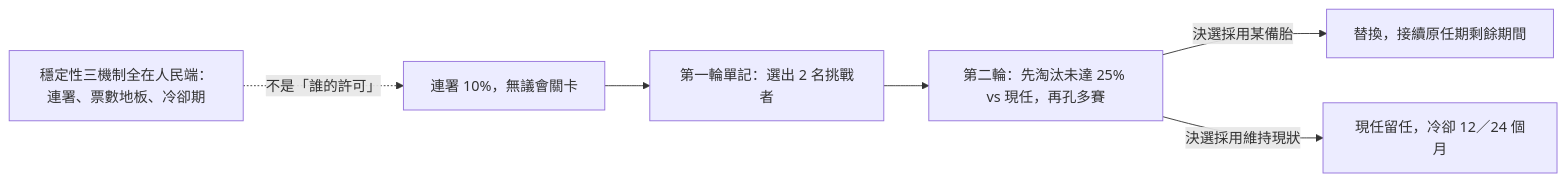
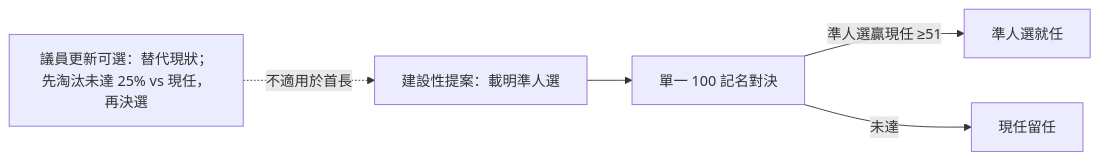
The tenth of 10 diagrams in topics/regime-designs/designs/台灣/一院議會制/憲政架構圖.md (IRonROOT578/Political-Economy-Research-Public), drawn with Mermaid before and after one commit. The commit also changed other lines of this file and 253 other files, not shown here.

````diff
--- a/topics/regime-designs/designs/台灣/一院議會制/憲政架構圖.md
+++ b/topics/regime-designs/designs/台灣/一院議會制/憲政架構圖.md
@@ -141,9 +141,8 @@
 ```mermaid
 flowchart LR
-  Sign[連署 10%，無議會關卡] --> R1[第一輪單記：選出 2 名挑戰者]
-  R1 --> R2[第二輪：先淘汰未達 25% vs 現任，再孔多賽]
-  R2 -->|決選採用某備胎| Change[替換，接續原任期剩餘期間]
-  R2 -->|決選採用維持現狀| Stay[現任留任，冷卻 12／24 個月]
-  Stable[穩定性三機制全在人民端：連署、票數地板、冷卻期]
-  Stable -.->|不是「誰的許可」| Sign
+  Prop[建設性提案：載明準人選] --> Vote[單一 100 記名對決]
+  Vote -->|準人選贏現任 ≥51| Swap[準人選就任]
+  Vote -->|未達| Stay[現任留任]
+  Opt[議員更新可選：替代現狀；先淘汰未達 25% vs 現任，再決選]
+  Opt -.->|不適用於首長| Prop
 ```
````
